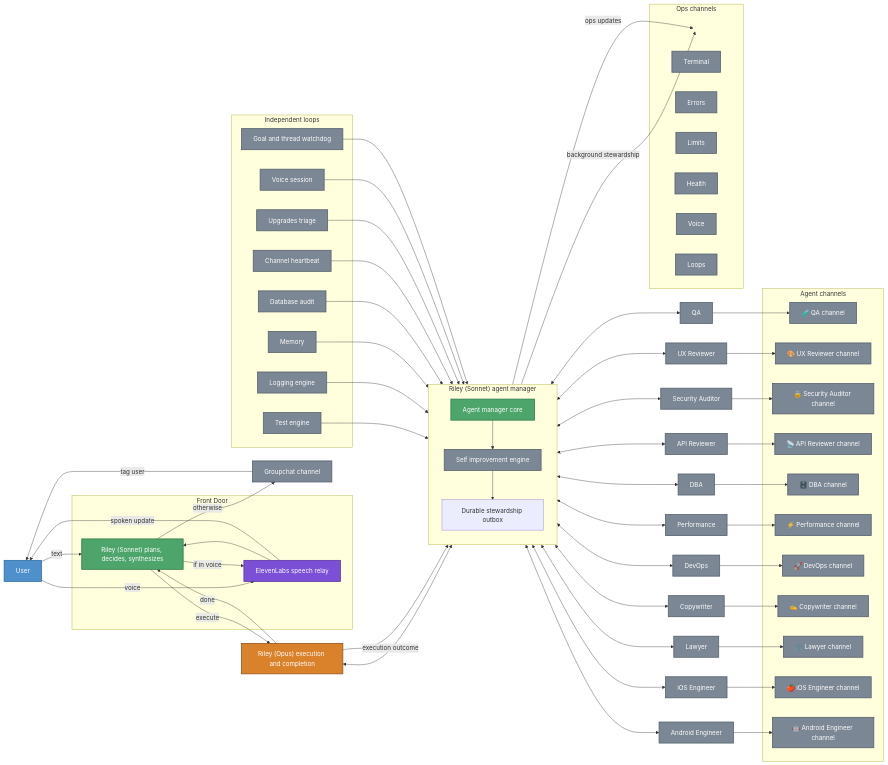
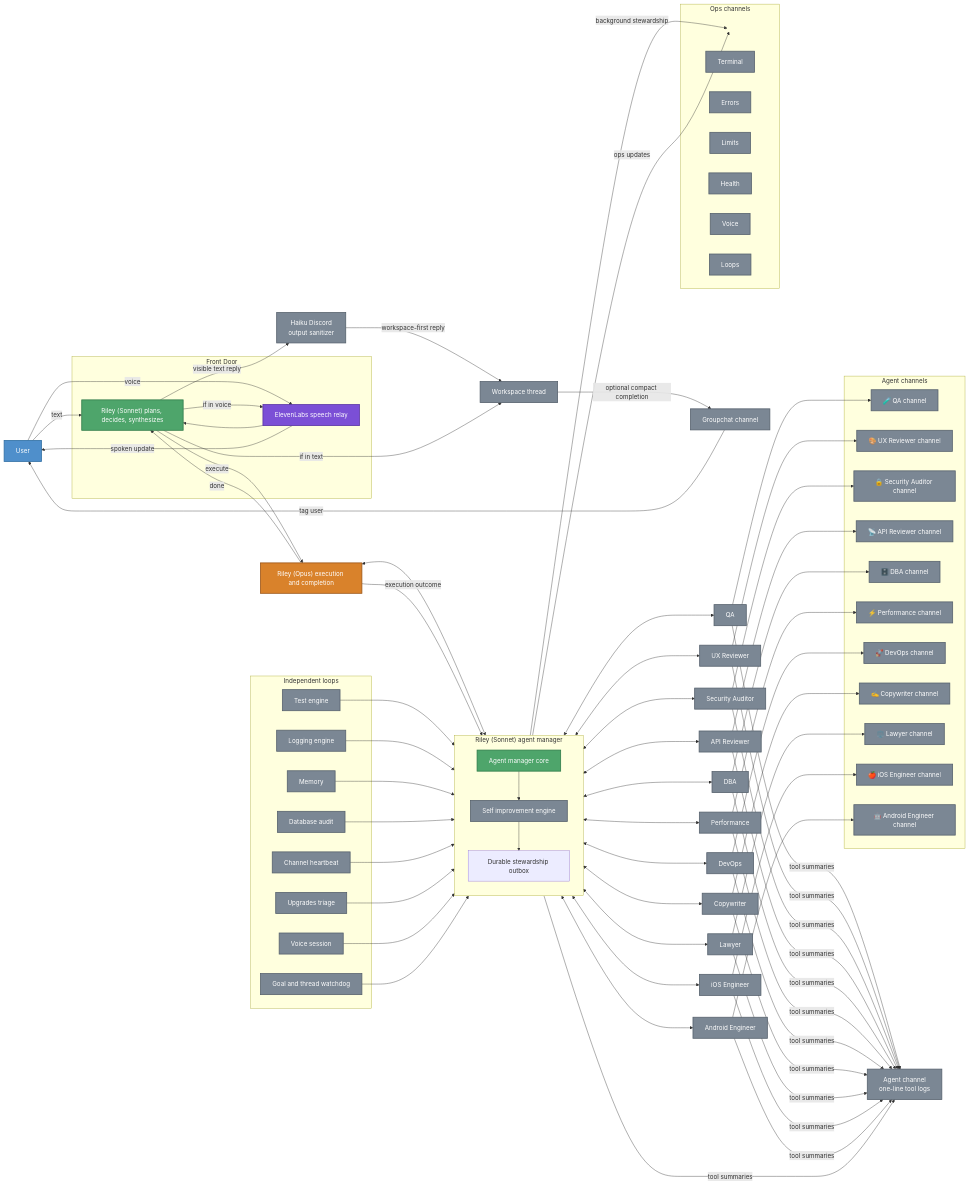
The first of 4 diagrams in .github/ARCHITECTURE.md (jflessenkemper/ASAP-discord), drawn with Mermaid before and after one commit. The commit also changed other lines of this file and 6 other files, not shown here.

Commit message:
Sanitize Discord output and align diagrams

```diff
--- a/.github/ARCHITECTURE.md
+++ b/.github/ARCHITECTURE.md
@@ -12,6 +14,9 @@
 flowchart LR
     User[User]
     Groupchat[Groupchat channel]
+    Workspace[Workspace thread]
+    OutputSanitizer["Haiku Discord\noutput sanitizer"]
+    ToolLogs["Agent channel\none-line tool logs"]
 
     subgraph FrontDoor[Front Door]
         Riley["Riley (Sonnet) plans, decides, synthesizes"]
@@ -115,9 +120,24 @@
     StewardQueue -->|background stewardship| OpsHub
     SelfImproveEngine -->|ops updates| OpsHub
     Opus -->|done| Riley
+    Riley -->|visible text reply| OutputSanitizer
+    OutputSanitizer -->|workspace-first reply| Workspace
+    Workspace -->|optional compact completion| Groupchat
+    AgentManagerCore -->|tool summaries| ToolLogs
+    QAAgent -->|tool summaries| ToolLogs
+    UXAgent -->|tool summaries| ToolLogs
+    SecurityAgent -->|tool summaries| ToolLogs
+    APIAgent -->|tool summaries| ToolLogs
+    DBAAgent -->|tool summaries| ToolLogs
+    PerformanceAgent -->|tool summaries| ToolLogs
+    DevOpsAgent -->|tool summaries| ToolLogs
+    CopywriterAgent -->|tool summaries| ToolLogs
+    LawyerAgent -->|tool summaries| ToolLogs
+    IOSAgent -->|tool summaries| ToolLogs
+    AndroidAgent -->|tool summaries| ToolLogs
     Riley -->|if in voice| Voice
     Voice -->|spoken update| User
-    Riley -->|otherwise| Groupchat
+    Riley -->|if in text| Workspace
     Groupchat -->|tag user| User
 
     classDef user fill:#4f8fcb,stroke:#2f6ea3,color:#ffffff,stroke-width:2px;
@@ -129,7 +149,7 @@
 
     class User user;
     class Riley riley;
-    class Groupchat,SelfImproveEngine,QAAgent,UXAgent,SecurityAgent,APIAgent,DBAAgent,PerformanceAgent,DevOpsAgent,CopywriterAgent,LawyerAgent,IOSAgent,AndroidAgent,QAChan,UXChan,SecurityChan,APIChan,DBAChan,PerformanceChan,DevOpsChan,CopywriterChan,LawyerChan,IOSChan,AndroidChan,TestEngine,LoggingEngine,MemoryLoop,DatabaseAudit,ChannelHeartbeat,UpgradesTriage,VoiceSession,GoalWatchdog,TerminalCh,ErrorsCh,LimitsCh,HealthCh,VoiceCh,LoopsCh surface;
+    class Groupchat,Workspace,OutputSanitizer,ToolLogs,SelfImproveEngine,QAAgent,UXAgent,SecurityAgent,APIAgent,DBAAgent,PerformanceAgent,DevOpsAgent,CopywriterAgent,LawyerAgent,IOSAgent,AndroidAgent,QAChan,UXChan,SecurityChan,APIChan,DBAChan,PerformanceChan,DevOpsChan,CopywriterChan,LawyerChan,IOSChan,AndroidChan,TestEngine,LoggingEngine,MemoryLoop,DatabaseAudit,ChannelHeartbeat,UpgradesTriage,VoiceSession,GoalWatchdog,TerminalCh,ErrorsCh,LimitsCh,HealthCh,VoiceCh,LoopsCh surface;
     class Voice voice;
     class Opus opus;
     class AgentManagerCore riley;
```
